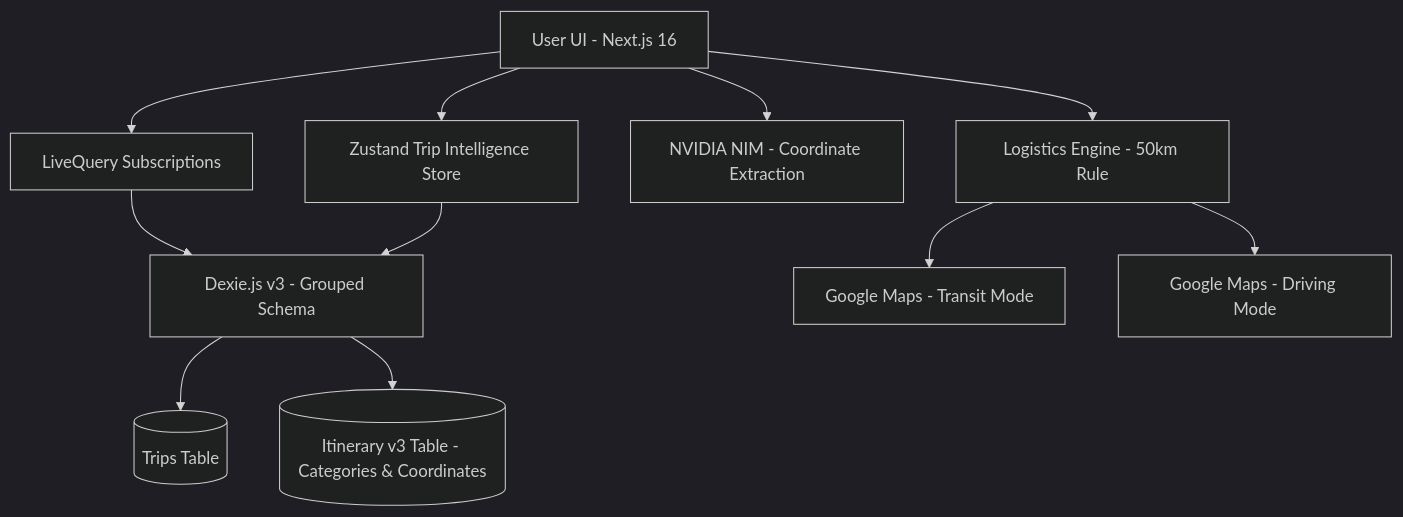
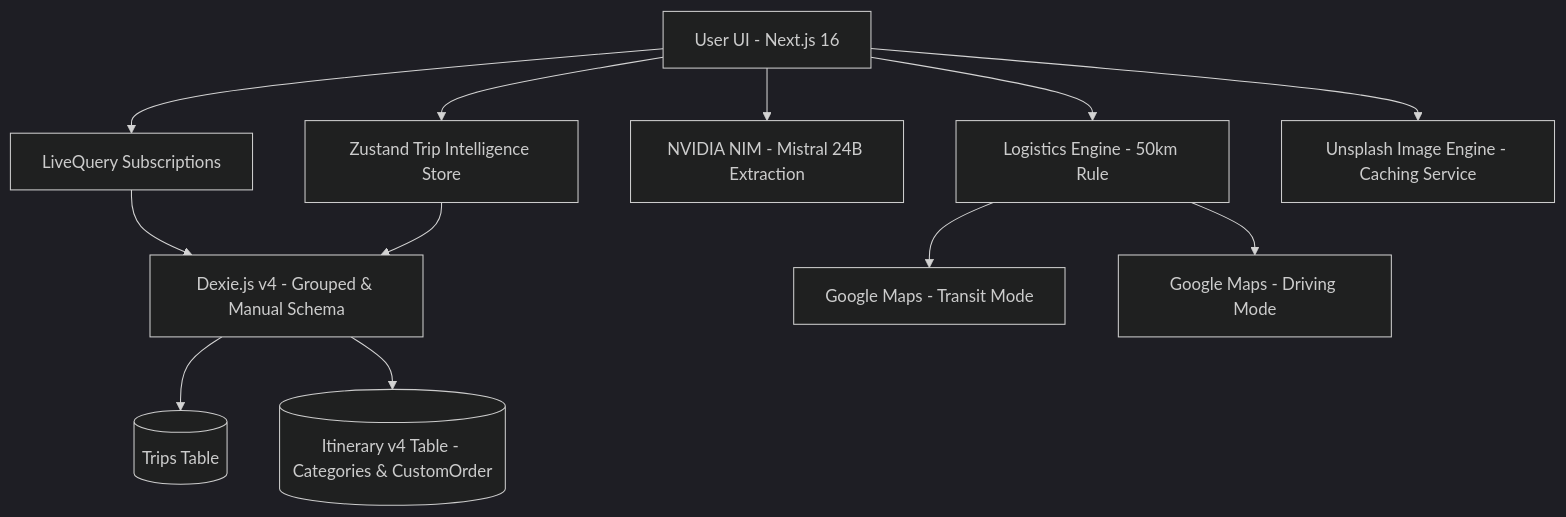
One commit to strike007-3000/RouteMate changed the diagram in README.md. Above: the diagram before and after it, drawn with Mermaid (dark theme). The commit also changed other lines of this file and 12 other files, not shown here.

````diff
--- a/README.md
+++ b/README.md
@@ -47,13 +49,14 @@
 ```mermaid
 graph TD
     A[User UI - Next.js 16] --> B[Zustand Trip Intelligence Store]
     A --> J[LiveQuery Subscriptions]
-    J --> C[Dexie.js v3 - Grouped Schema]
+    J --> C[Dexie.js v4 - Grouped & Manual Schema]
     B --> C
     C --> D[(Trips Table)]
-    C --> E[(Itinerary v3 Table - Categories & Coordinates)]
-    A --> F[NVIDIA NIM - Coordinate Extraction]
+    C --> E[(Itinerary v4 Table - Categories & CustomOrder)]
+    A --> F[NVIDIA NIM - Mistral 24B Extraction]
     A --> G[Logistics Engine - 50km Rule]
+    A --> K[Unsplash Image Engine - Caching Service]
     G --> H[Google Maps - Transit Mode]
     G --> I[Google Maps - Driving Mode]
 ```
````
